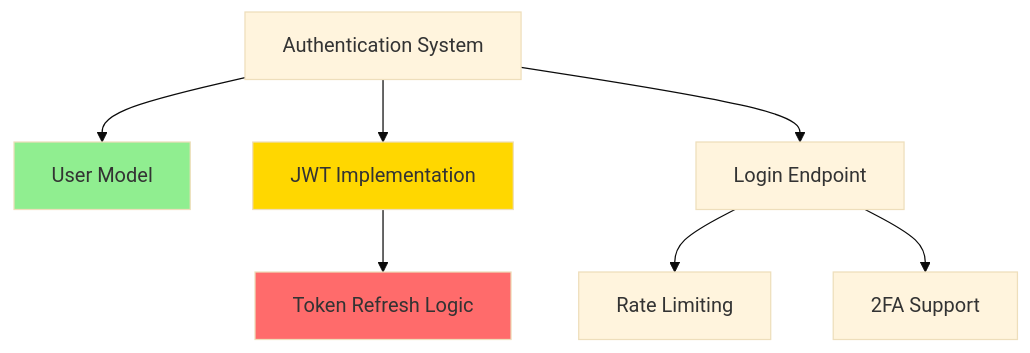
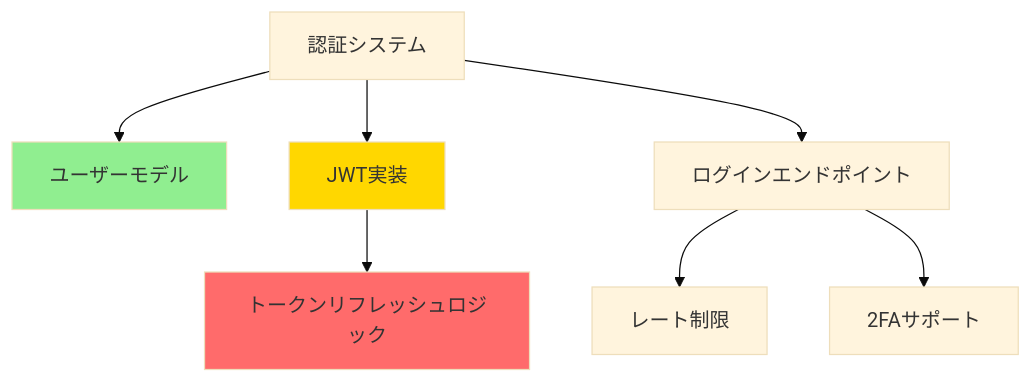
The diagram in .claude/commands/dependency-mapper.md (ysano/dotfiles), drawn with Mermaid (base theme) before and after one commit. The commit also changed other lines of this file and 84 other files, not shown here.

````diff
--- a/.claude/commands/dependency-mapper.md
+++ b/.claude/commands/dependency-mapper.md
@@ -166,13 +166,13 @@
 ```mermaid
 graph TD
-    LIN-123[Authentication System] --> LIN-124[User Model]
-    LIN-123 --> LIN-125[JWT Implementation]
-    LIN-123 --> LIN-127[Login Endpoint]
-    LIN-125 --> LIN-126[Token Refresh Logic]
-    LIN-127 --> LIN-128[Rate Limiting]
-    LIN-127 --> LIN-129[2FA Support]
+    LIN-123[認証システム] --> LIN-124[ユーザーモデル]
+    LIN-123 --> LIN-125[JWT実装]
+    LIN-123 --> LIN-127[ログインエンドポイント]
+    LIN-125 --> LIN-126[トークンリフレッシュロジック]
+    LIN-127 --> LIN-128[レート制限]
+    LIN-127 --> LIN-129[2FAサポート]
     
     style LIN-124 fill:#90EE90
     style LIN-125 fill:#FFD700
     style LIN-126 fill:#FF6B6B
 ```
````
